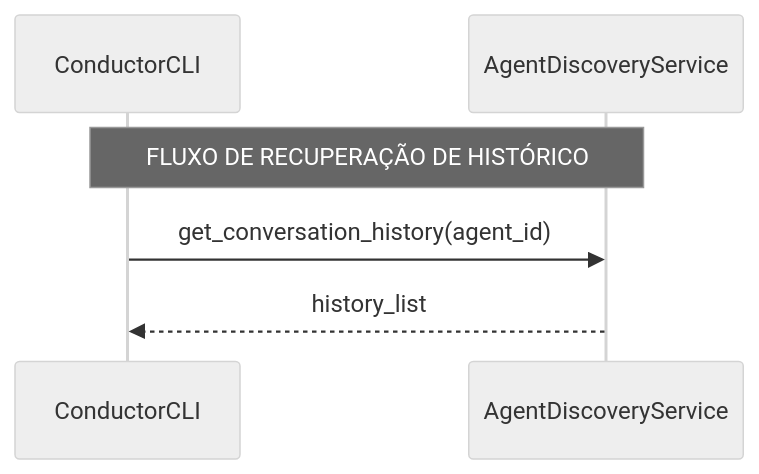
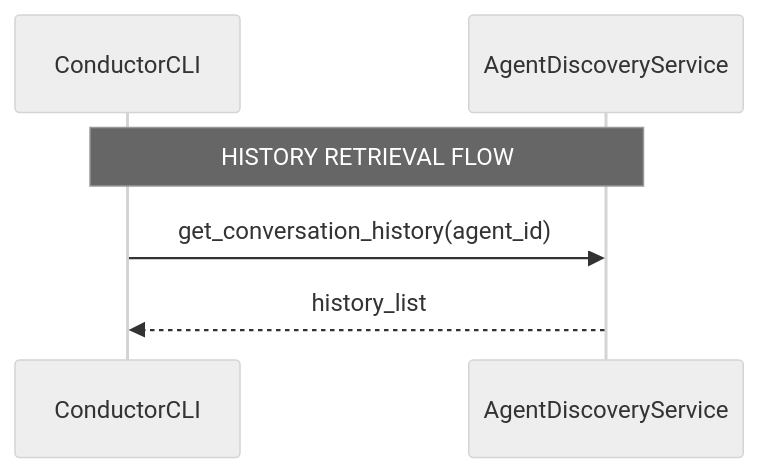
The second of 3 diagrams in docs/architecture/sequence-diagrams/history-management.md (primoia/conductor), drawn with Mermaid (neutral theme) before and after one commit. The commit also changed other lines of this file and 44 other files, not shown here.

````diff
--- a/docs/architecture/sequence-diagrams/history-management.md
+++ b/docs/architecture/sequence-diagrams/history-management.md
@@ -50,10 +50,10 @@
 ```mermaid
 sequenceDiagram
     participant ConductorCLI
     participant AgentDiscoveryService
 
-    Note over ConductorCLI,AgentDiscoveryService: FLUXO DE RECUPERAÇÃO DE HISTÓRICO
+    Note over ConductorCLI,AgentDiscoveryService: HISTORY RETRIEVAL FLOW
 
     ConductorCLI->>AgentDiscoveryService: get_conversation_history(agent_id)
     AgentDiscoveryService-->>ConductorCLI: history_list
 ```
````
